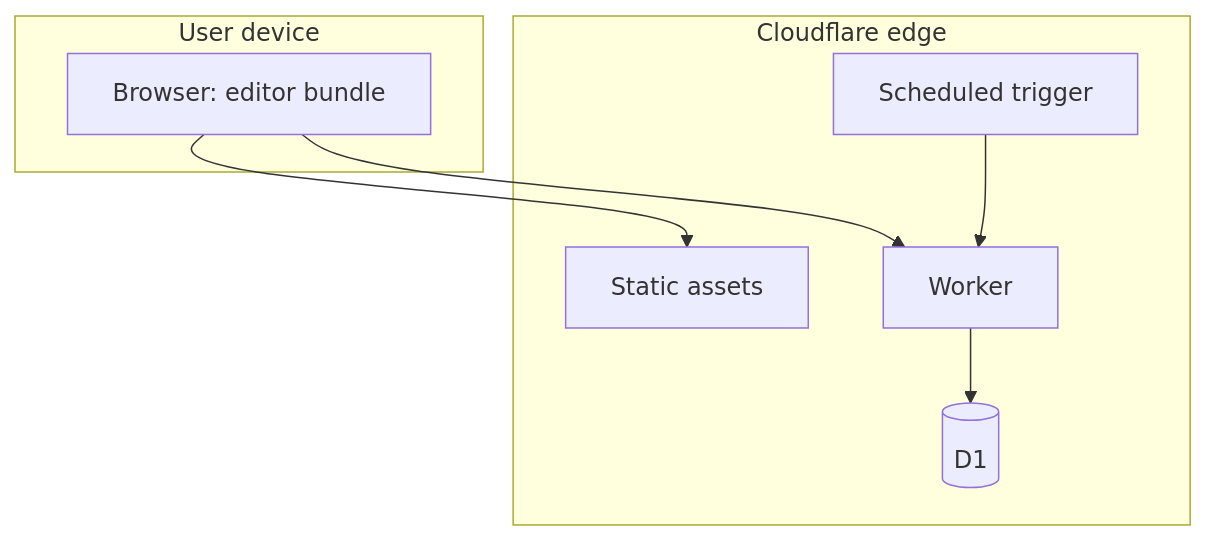
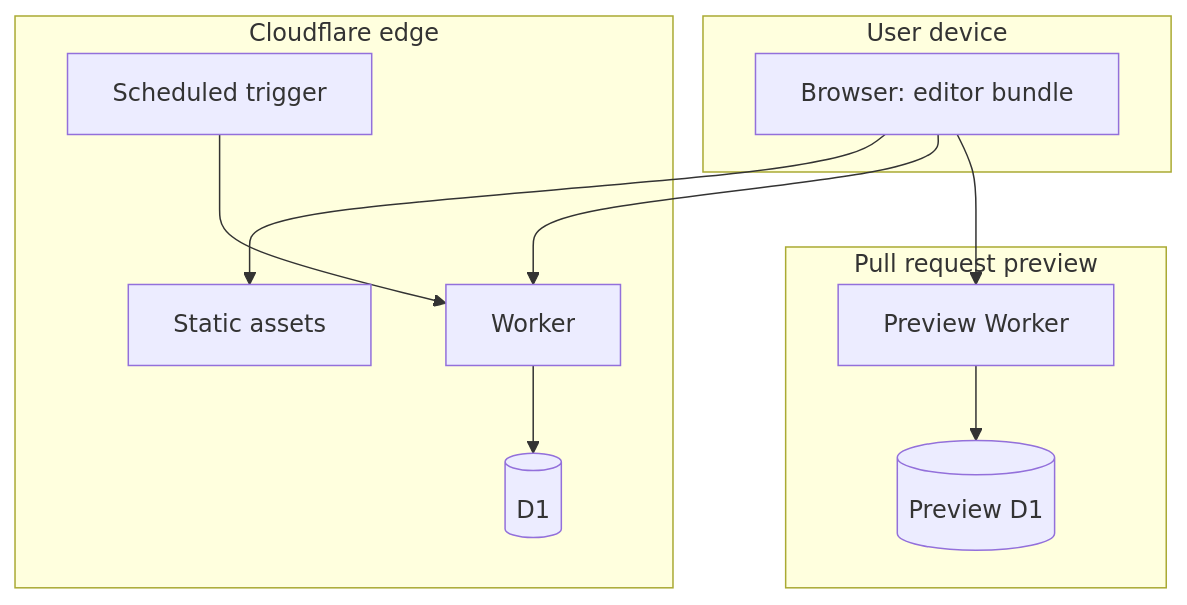
One commit to LasVegasForTransit/transit-mapper changed the eighth of 9 diagrams in docs/development/explanation/architecture.md. Above: the diagram before and after it, drawn with Mermaid. The commit also changed other lines of this file and 33 other files, not shown here.

First line of the commit message:
chore(ci): deploy every pull request to a preview URL

````diff
--- a/docs/development/explanation/architecture.md
+++ b/docs/development/explanation/architecture.md
@@ -530,16 +530,22 @@
 ```mermaid
 flowchart TD
   subgraph client [User device]
     browser[Browser: editor bundle]
   end
   subgraph cf [Cloudflare edge]
     assets[Static assets]
     w[Worker]
     db[(D1)]
     cron[Scheduled trigger]
   end
+  subgraph pv [Pull request preview]
+    pw[Preview Worker]
+    pdb[(Preview D1)]
+  end
   browser --> assets
   browser --> w
   w --> db
   cron --> w
+  browser --> pw
+  pw --> pdb
 ```
````
